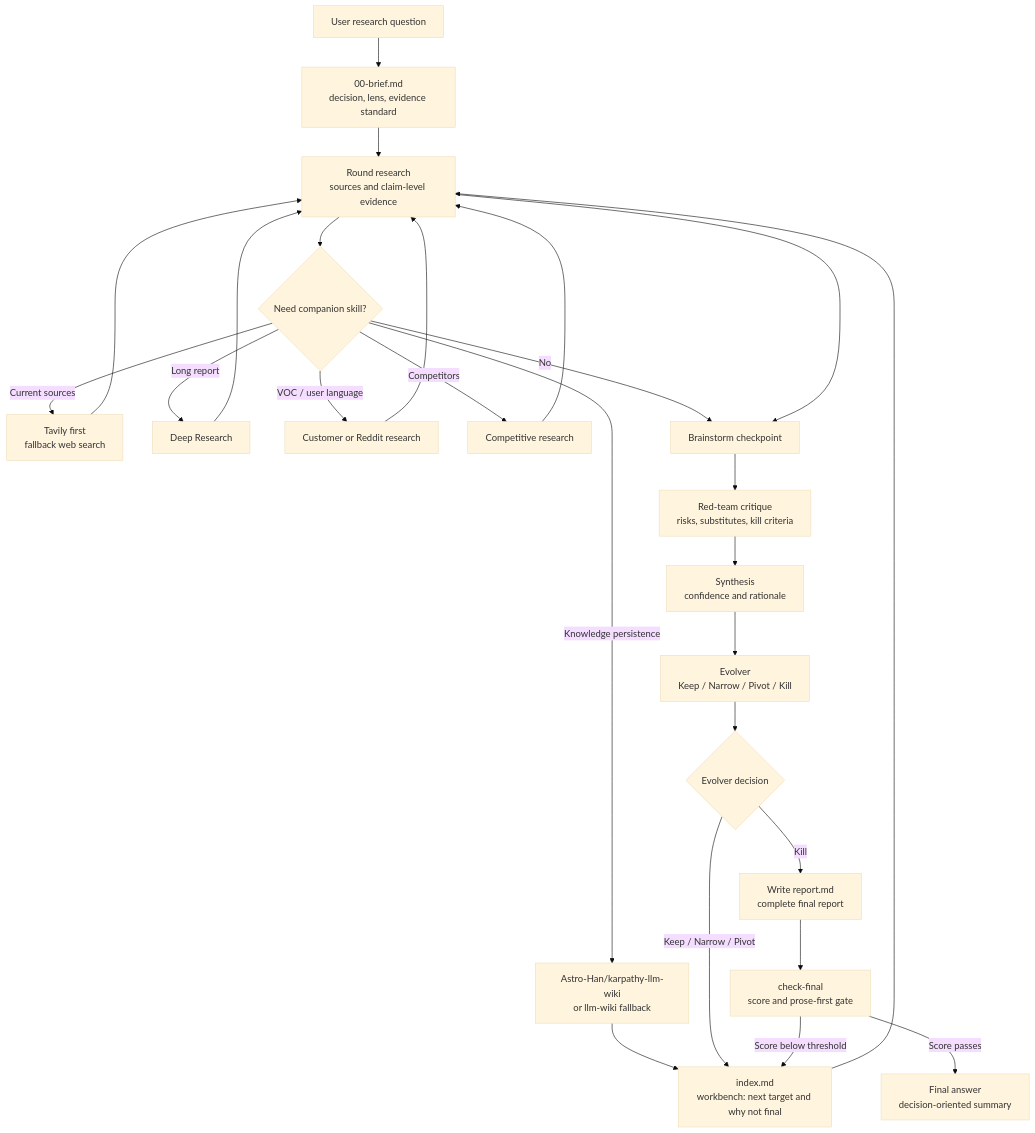
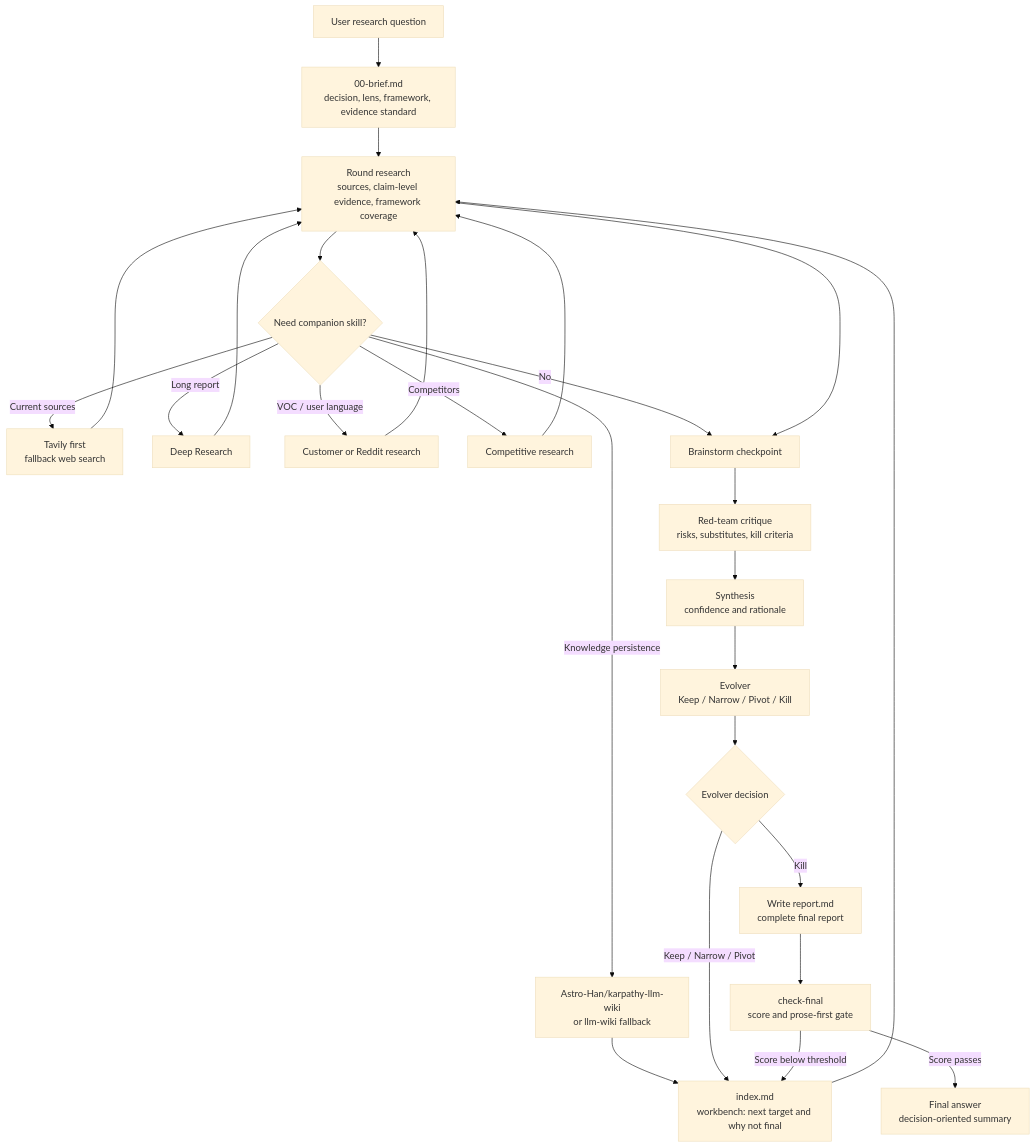
One commit to GoatGit/super-survey changed the diagram in README.md. Above: the diagram before and after it, drawn with Mermaid (base theme). The commit also changed other lines of this file and 7 other files, not shown here.

````diff
--- a/README.md
+++ b/README.md
@@ -161,28 +181,28 @@
 ```mermaid
 flowchart TD
-    A[User research question] --> B[00-brief.md<br/>decision, lens, evidence standard]
-    B --> C[Round research<br/>sources and claim-level evidence]
+    A[User research question] --> B[00-brief.md<br/>decision, lens, framework, evidence standard]
+    B --> C[Round research<br/>sources, claim-level evidence, framework coverage]
     C --> D{Need companion skill?}
     D -->|Current sources| D1[Tavily first<br/>fallback web search]
     D -->|Long report| D2[Deep Research]
     D -->|VOC / user language| D3[Customer or Reddit research]
     D -->|Competitors| D4[Competitive research]
     D -->|Knowledge persistence| D5[Astro-Han/karpathy-llm-wiki<br/>or llm-wiki fallback]
     D -->|No| E[Brainstorm checkpoint]
     D1 --> C
     D2 --> C
     D3 --> C
     D4 --> C
     D5 --> I[index.md]
     C --> E[Brainstorm checkpoint]
     E --> F[Red-team critique<br/>risks, substitutes, kill criteria]
     F --> G[Synthesis<br/>confidence and rationale]
     G --> H[Evolver<br/>Keep / Narrow / Pivot / Kill]
     H --> Q{Evolver decision}
     Q -->|Keep / Narrow / Pivot| I[index.md<br/>workbench: next target and why not final]
     I --> C
     Q -->|Kill| J[Write report.md<br/>complete final report]
     J --> R[check-final<br/>score and prose-first gate]
     R -->|Score below threshold| I
     R -->|Score passes| K[Final answer<br/>decision-oriented summary]
 ```
````
